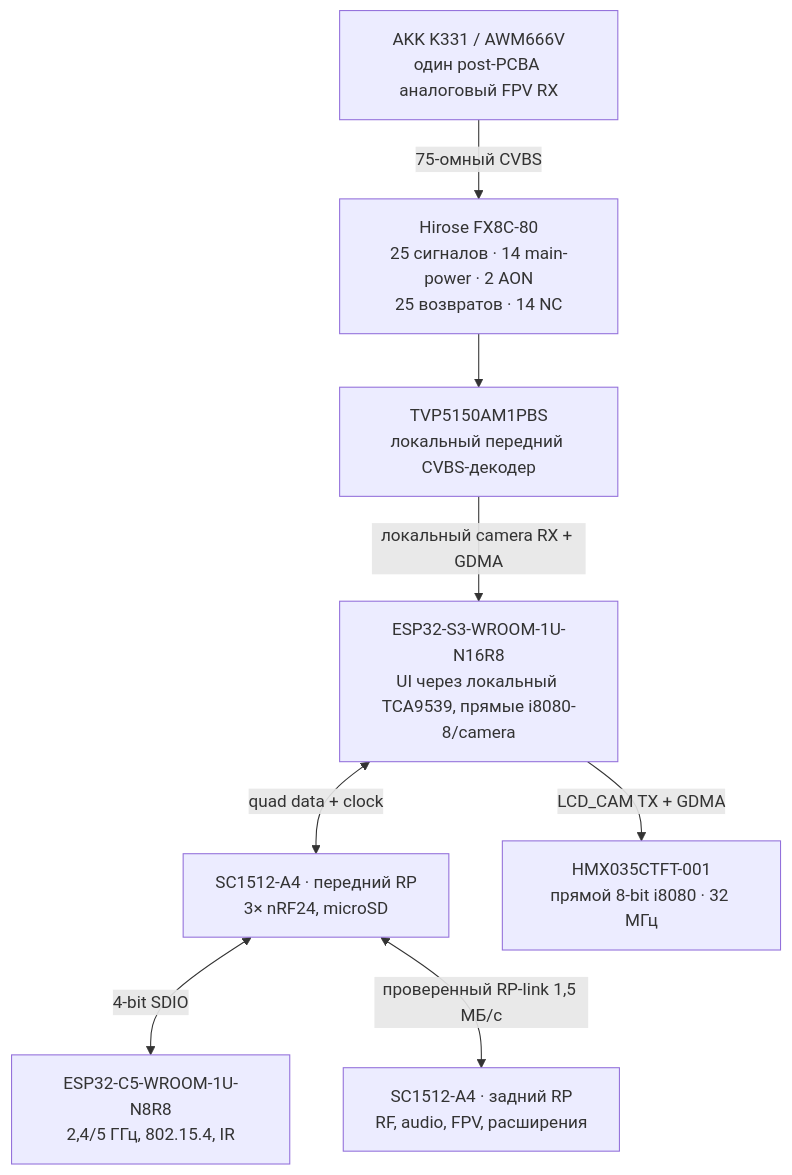
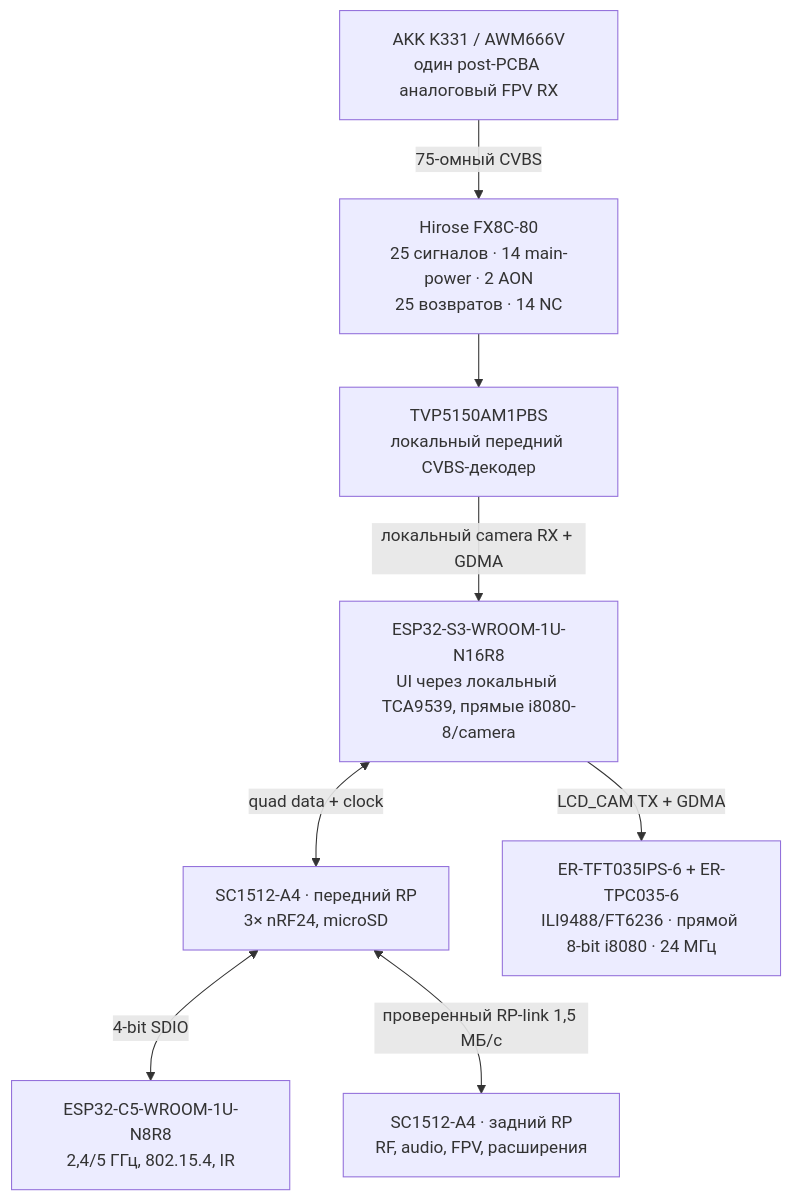
One commit to anton-vinogradov/esp32-leshy2 changed the diagram in docs/schematics.ru.md. Above: the diagram before and after it, drawn with Mermaid. The commit also changed other lines of this file and 147 other files, not shown here.

````diff
--- a/docs/schematics.ru.md
+++ b/docs/schematics.ru.md
@@ -35,19 +33,19 @@
 ```mermaid
 flowchart TD
   S3["ESP32-S3-WROOM-1U-N16R8<br/>UI через локальный TCA9539, прямые i8080-8/camera"]
   C5["ESP32-C5-WROOM-1U-N8R8<br/>2,4/5 ГГц, 802.15.4, IR"]
   FRP["SC1512-A4 · передний RP<br/>3× nRF24, microSD"]
   RRP["SC1512-A4 · задний RP<br/>RF, audio, FPV, расширения"]
   TVP["TVP5150AM1PBS<br/>локальный передний CVBS-декодер"]
   K331["AKK K331 / AWM666V<br/>один post-PCBA аналоговый FPV RX"]
-  LCD["HMX035CTFT-001<br/>прямой 8-bit i8080 · 32 МГц"]
+  LCD["ER-TFT035IPS-6 + ER-TPC035-6<br/>ILI9488/FT6236 · прямой 8-bit i8080 · 24 МГц"]
   M1["Hirose FX8C-80<br/>25 сигналов · 14 main-power · 2 AON<br/>25 возвратов · 14 NC"]
 
   S3 -->|"LCD_CAM TX + GDMA"| LCD
   S3 <-->|"quad data + clock"| FRP
   FRP <-->|"4-bit SDIO"| C5
   FRP <-->|"проверенный RP-link 1,5 МБ/с"| RRP
   K331 -->|"75-омный CVBS"| M1
   M1 --> TVP
   TVP -->|"локальный camera RX + GDMA"| S3
 ```
````
